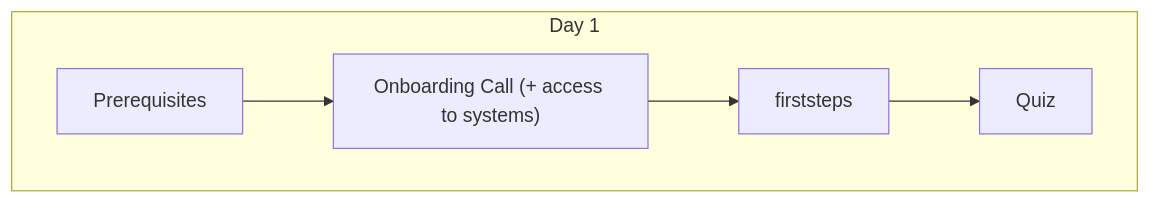
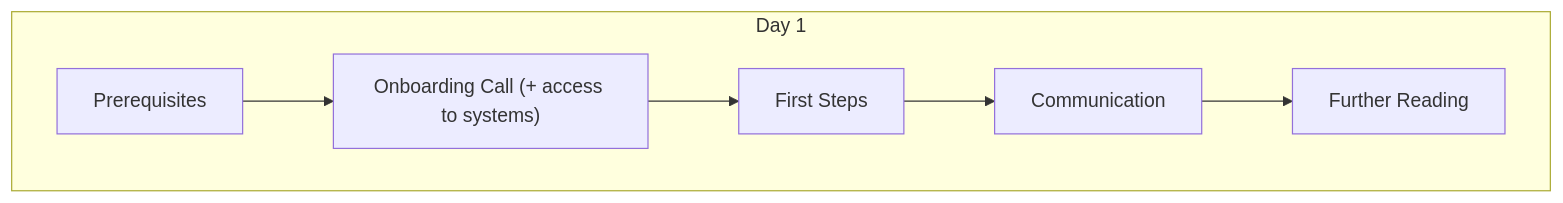
One commit to life-itself/tao changed the first of 2 diagrams in onboarding/README.md. Above: the diagram before and after it, drawn with Mermaid. The commit also changed other lines of this file, not shown here.

````diff
--- a/onboarding/README.md
+++ b/onboarding/README.md
@@ -18,13 +18,16 @@
 ```mermaid
 graph TD
 
 Prerequisites[Prerequisites]
 Onboarding["Onboarding Call (+ access to systems)"]
-quiz[Quiz]
+firststeps[First Steps]
+further[Further Reading]
 
 subgraph "Day 1"
   Prerequisites --> Onboarding
   Onboarding --> firststeps
-  firststeps --> quiz
+ firststeps --> Communication
+ Communication --> further 
+ 
 end
 ```
````
